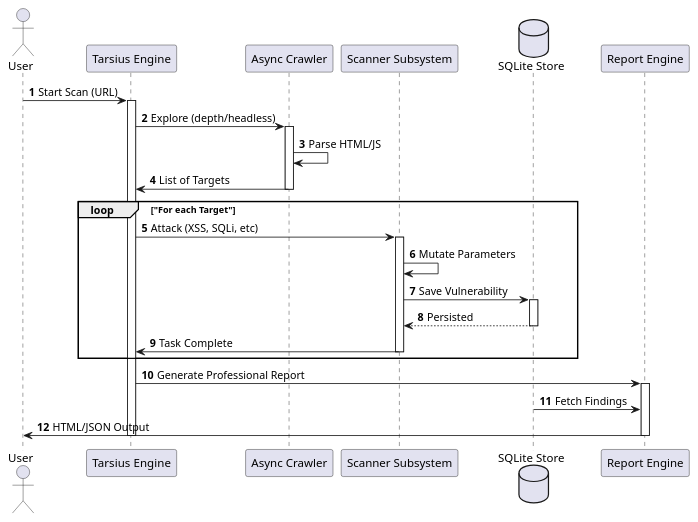
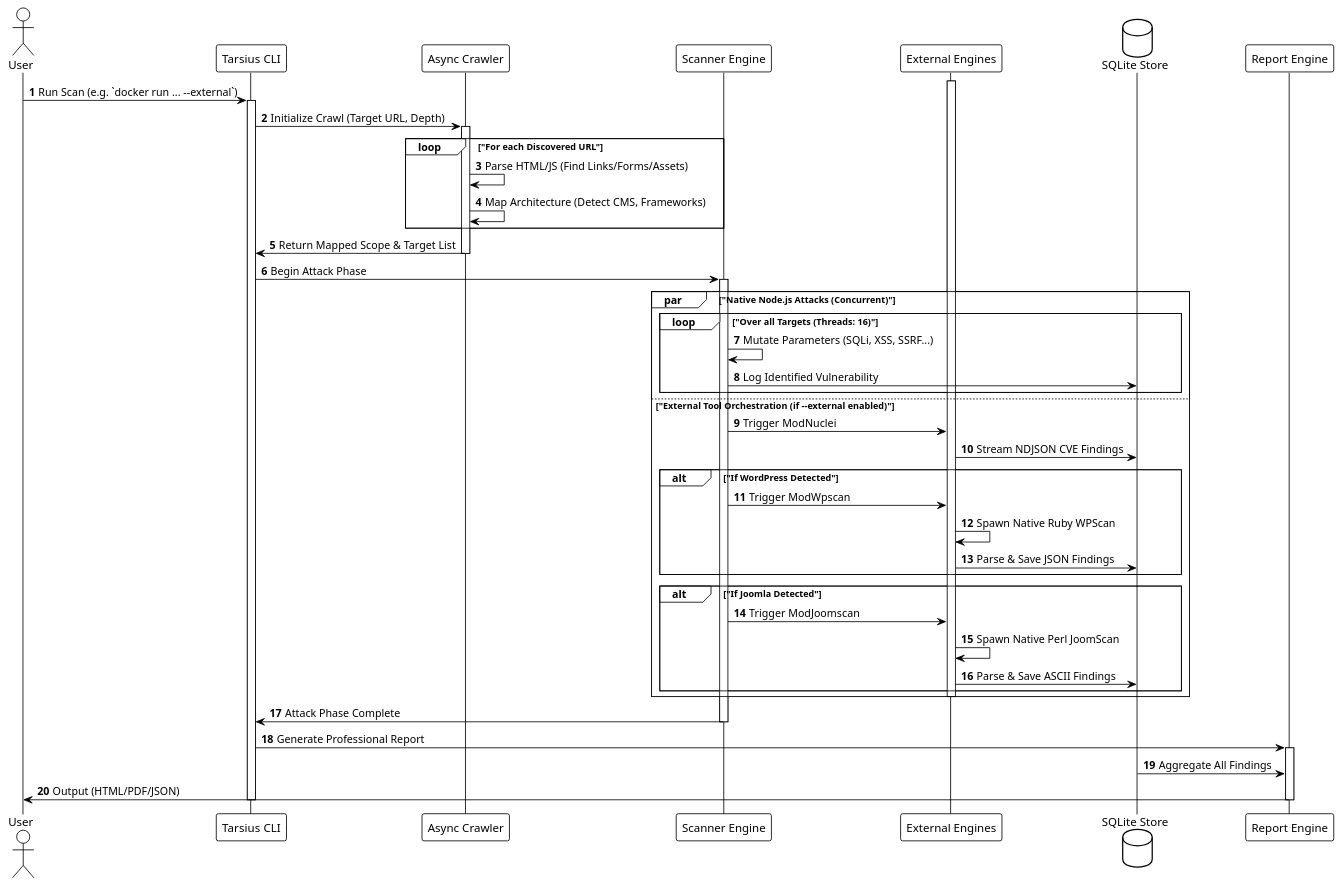
Before and after one commit to StealthMoud/Tarsius: the diagram in docs/diagrams/scanning_flow.puml, drawn with PlantUML. The commit also changed 3 other files, not shown here.

```diff
--- a/docs/diagrams/scanning_flow.puml
+++ b/docs/diagrams/scanning_flow.puml
@@ -1,39 +1,64 @@
 @startuml scanning_flow
+!theme plain
 autonumber
 
 actor User
-participant "Tarsius Engine" as Engine
+participant "Tarsius CLI" as CLI
 participant "Async Crawler" as Crawler
-participant "Scanner Subsystem" as Scanner
+participant "Scanner Engine" as Scanner
+participant "External Engines" as External
 database "SQLite Store" as DB
 participant "Report Engine" as Reporter
 
-User -> Engine : Start Scan (URL)
-activate Engine
+User -> CLI : Run Scan (e.g. `docker run ... --external`)
+activate CLI
 
-Engine -> Crawler : Explore (depth/headless)
+CLI -> Crawler : Initialize Crawl (Target URL, Depth)
 activate Crawler
-Crawler -> Crawler : Parse HTML/JS
-Crawler -> Engine : List of Targets
+
+loop "For each Discovered URL"
+    Crawler -> Crawler : Parse HTML/JS (Find Links/Forms/Assets)
+    Crawler -> Crawler : Map Architecture (Detect CMS, Frameworks)
+end
+
+Crawler -> CLI : Return Mapped Scope & Target List
 deactivate Crawler
 
-loop "For each Target"
-    Engine -> Scanner : Attack (XSS, SQLi, etc)
-    activate Scanner
-    Scanner -> Scanner : Mutate Parameters
-    Scanner -> DB : Save Vulnerability
-    activate DB
-    DB --> Scanner : Persisted
-    deactivate DB
-    Scanner -> Engine : Task Complete
-    deactivate Scanner
+CLI -> Scanner : Begin Attack Phase
+activate Scanner
+
+par "Native Node.js Attacks (Concurrent)"
+    loop "Over all Targets (Threads: 16)"
+        Scanner -> Scanner : Mutate Parameters (SQLi, XSS, SSRF...)
+        Scanner -> DB : Log Identified Vulnerability
+    end
+else "External Tool Orchestration (if --external enabled)"
+    activate External
+    Scanner -> External : Trigger ModNuclei
+    External -> DB : Stream NDJSON CVE Findings
+    
+    alt "If WordPress Detected"
+        Scanner -> External : Trigger ModWpscan
+        External -> External : Spawn Native Ruby WPScan
+        External -> DB : Parse & Save JSON Findings
+    end
+    
+    alt "If Joomla Detected"
+        Scanner -> External : Trigger ModJoomscan
+        External -> External : Spawn Native Perl JoomScan
+        External -> DB : Parse & Save ASCII Findings
+    end
+    deactivate External
 end
 
-Engine -> Reporter : Generate Professional Report
+Scanner -> CLI : Attack Phase Complete
+deactivate Scanner
+
+CLI -> Reporter : Generate Professional Report
 activate Reporter
-DB -> Reporter : Fetch Findings
-Reporter -> User : HTML/JSON Output
+DB -> Reporter : Aggregate All Findings
+Reporter -> User : Output (HTML/PDF/JSON)
 deactivate Reporter
 
-deactivate Engine
+deactivate CLI
 @enduml
```
